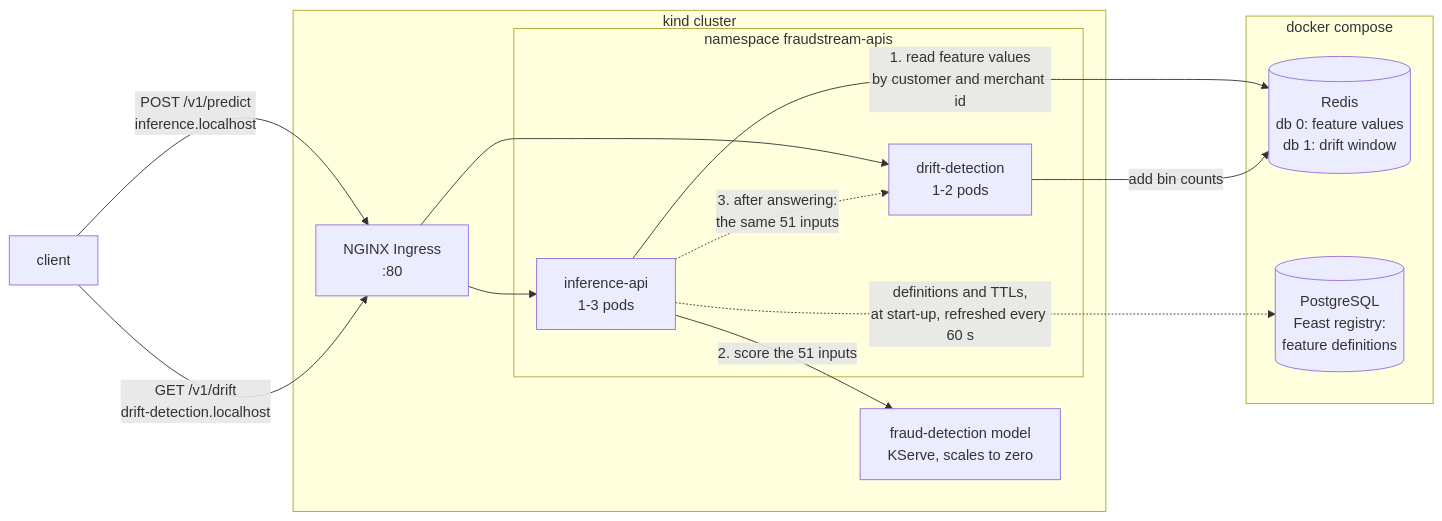
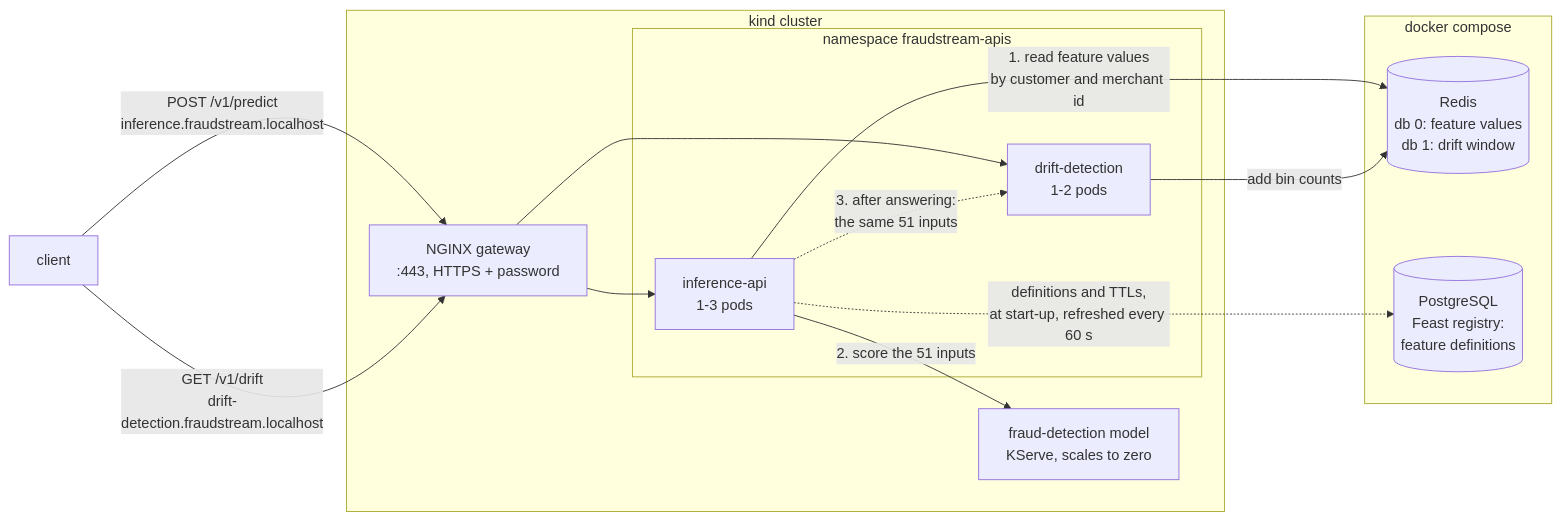
One commit to hiendat04/fraudstream changed the first of 2 diagrams in docs/21_web_apis.md. Above: the diagram before and after it, drawn with Mermaid. The commit also changed other lines of this file and 11 other files, not shown here.

````diff
--- a/docs/21_web_apis.md
+++ b/docs/21_web_apis.md
@@ -15,23 +15,23 @@
 ```mermaid
 flowchart LR
     C["client"]
     subgraph node["kind cluster"]
-        N["NGINX Ingress<br/>:80"]
+        N["NGINX gateway<br/>:443, HTTPS + password"]
         subgraph apis["namespace fraudstream-apis"]
             I["inference-api<br/>1-3 pods"]
             D["drift-detection<br/>1-2 pods"]
         end
         M["fraud-detection model<br/>KServe, scales to zero"]
     end
     subgraph compose["docker compose"]
         R[("Redis<br/>db 0: feature values<br/>db 1: drift window")]
         P[("PostgreSQL<br/>Feast registry:<br/>feature definitions")]
     end
-    C -- "POST /v1/predict<br/>inference.localhost" --> N --> I
-    C -- "GET /v1/drift<br/>drift-detection.localhost" --> N --> D
+    C -- "POST /v1/predict<br/>inference.fraudstream.localhost" --> N --> I
+    C -- "GET /v1/drift<br/>drift-detection.fraudstream.localhost" --> N --> D
     I -. "definitions and TTLs,<br/>at start-up, refreshed every 60 s" .-> P
     I -- "1. read feature values<br/>by customer and merchant id" --> R
     I -- "2. score the 51 inputs" --> M
     I -. "3. after answering:<br/>the same 51 inputs" .-> D
     D -- "add bin counts" --> R
 ```
````
